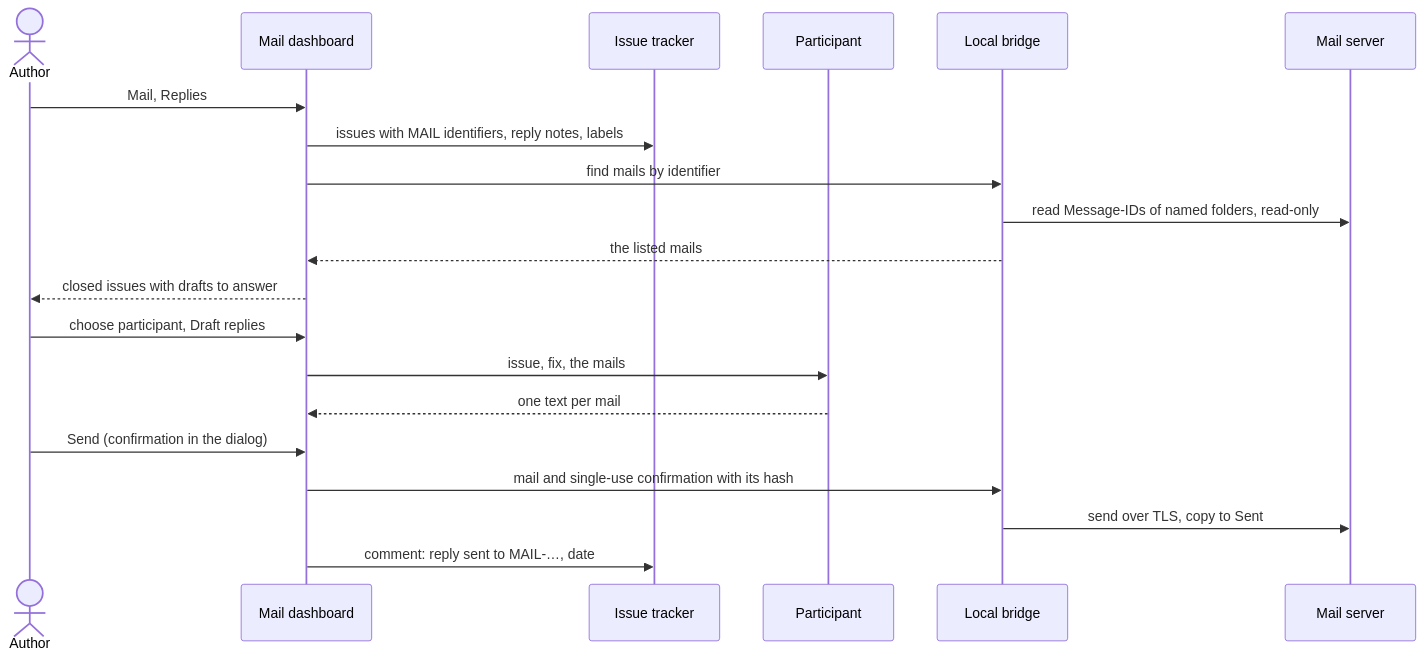
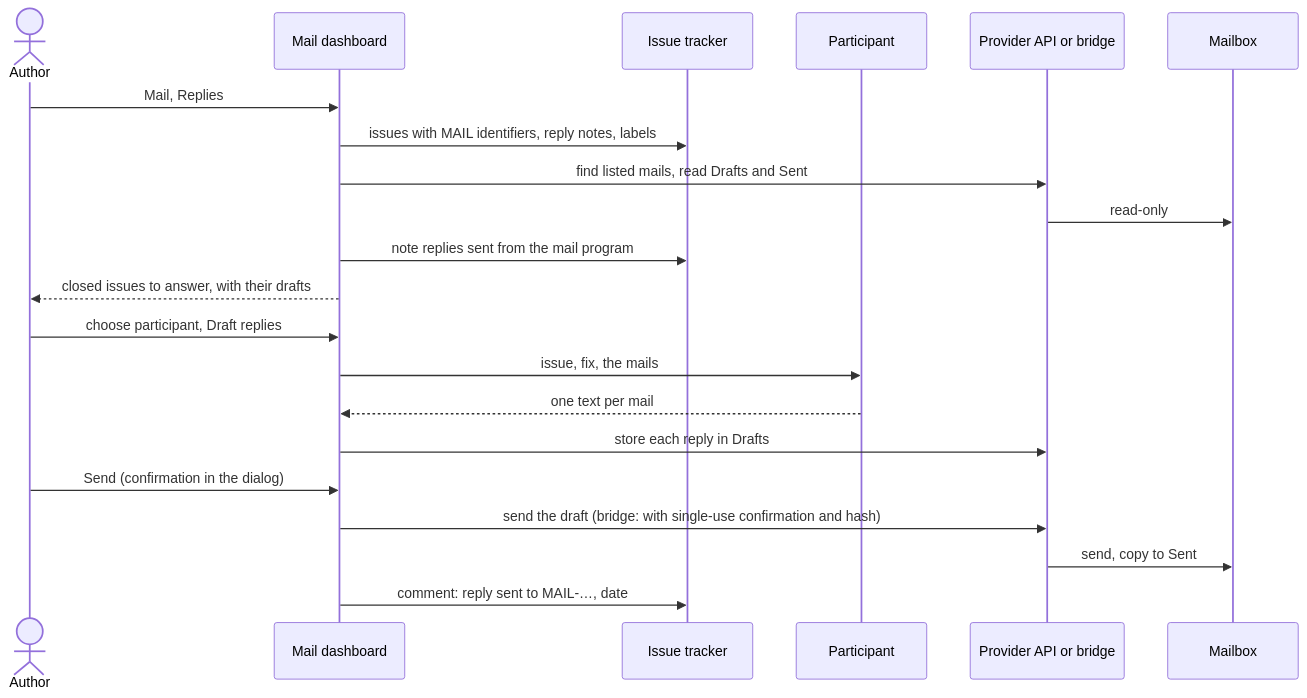
Before and after one commit to akmaier/agent-m: the diagram in docs/use-cases/UC-039-close-or-defer-an-issue-and-reply.md, drawn with Mermaid. The commit also changed other lines of this file and 6 other files, not shown here.

````diff
--- a/docs/use-cases/UC-039-close-or-defer-an-issue-and-reply.md
+++ b/docs/use-cases/UC-039-close-or-defer-an-issue-and-reply.md
@@ -95,22 +105,23 @@
 ```mermaid
 sequenceDiagram
     actor A as Author
     participant D as Mail dashboard
     participant I as Issue tracker
     participant P as Participant
-    participant B as Local bridge
-    participant S as Mail server
+    participant B as Provider API or bridge
+    participant S as Mailbox
     A->>D: Mail, Replies
     D->>I: issues with MAIL identifiers, reply notes, labels
-    D->>B: find mails by identifier
-    B->>S: read Message-IDs of named folders, read-only
-    B-->>D: the listed mails
-    D-->>A: closed issues with drafts to answer
+    D->>B: find listed mails, read Drafts and Sent
+    B->>S: read-only
+    D->>I: note replies sent from the mail program
+    D-->>A: closed issues to answer, with their drafts
     A->>D: choose participant, Draft replies
     D->>P: issue, fix, the mails
     P-->>D: one text per mail
+    D->>B: store each reply in Drafts
     A->>D: Send (confirmation in the dialog)
-    D->>B: mail and single-use confirmation with its hash
-    B->>S: send over TLS, copy to Sent
+    D->>B: send the draft (bridge: with single-use confirmation and hash)
+    B->>S: send, copy to Sent
     D->>I: comment: reply sent to MAIL-…, date
 ```
````
